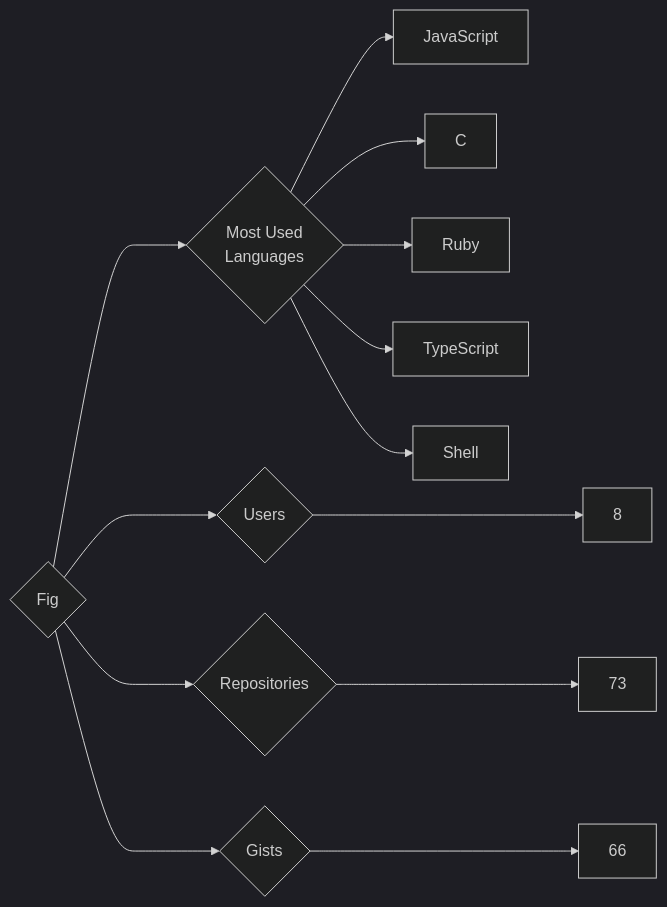
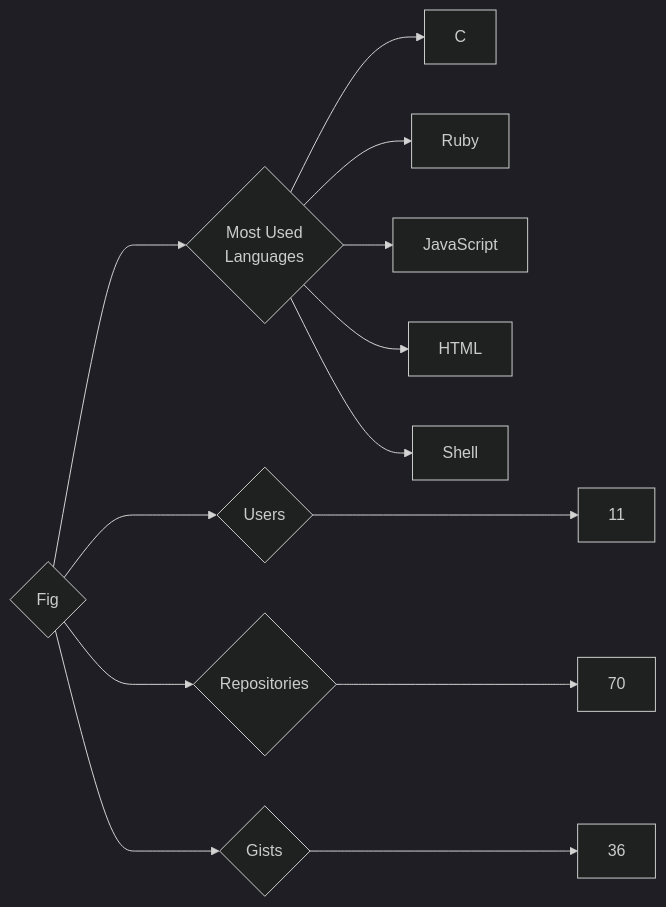
One commit to trickest/insiders changed the diagram in targets/Fig/README.md. Above: the diagram before and after it, drawn with Mermaid (dark theme). The commit also changed 912 other files, not shown here.

````diff
--- a/targets/Fig/README.md
+++ b/targets/Fig/README.md
@@ -3,13 +3,13 @@
 ```mermaid
 graph LR
 COMPANY_NAME{Fig}
-COMPANY_NAME ---> U{Users} ---> UN[8]
-COMPANY_NAME ---> R{Repositories} ---> RN[73]
-COMPANY_NAME ---> G{Gists} ---> GN[66]
+COMPANY_NAME ---> U{Users} ---> UN[11]
+COMPANY_NAME ---> R{Repositories} ---> RN[70]
+COMPANY_NAME ---> G{Gists} ---> GN[36]
 COMPANY_NAME ---> ML{Most Used<br>Languages}
-ML --> JavaScript[JavaScript]
 ML --> C[C]
 ML --> Ruby[Ruby]
-ML --> TypeScript[TypeScript]
+ML --> JavaScript[JavaScript]
+ML --> HTML[HTML]
 ML --> Shell[Shell]
 ```
````
